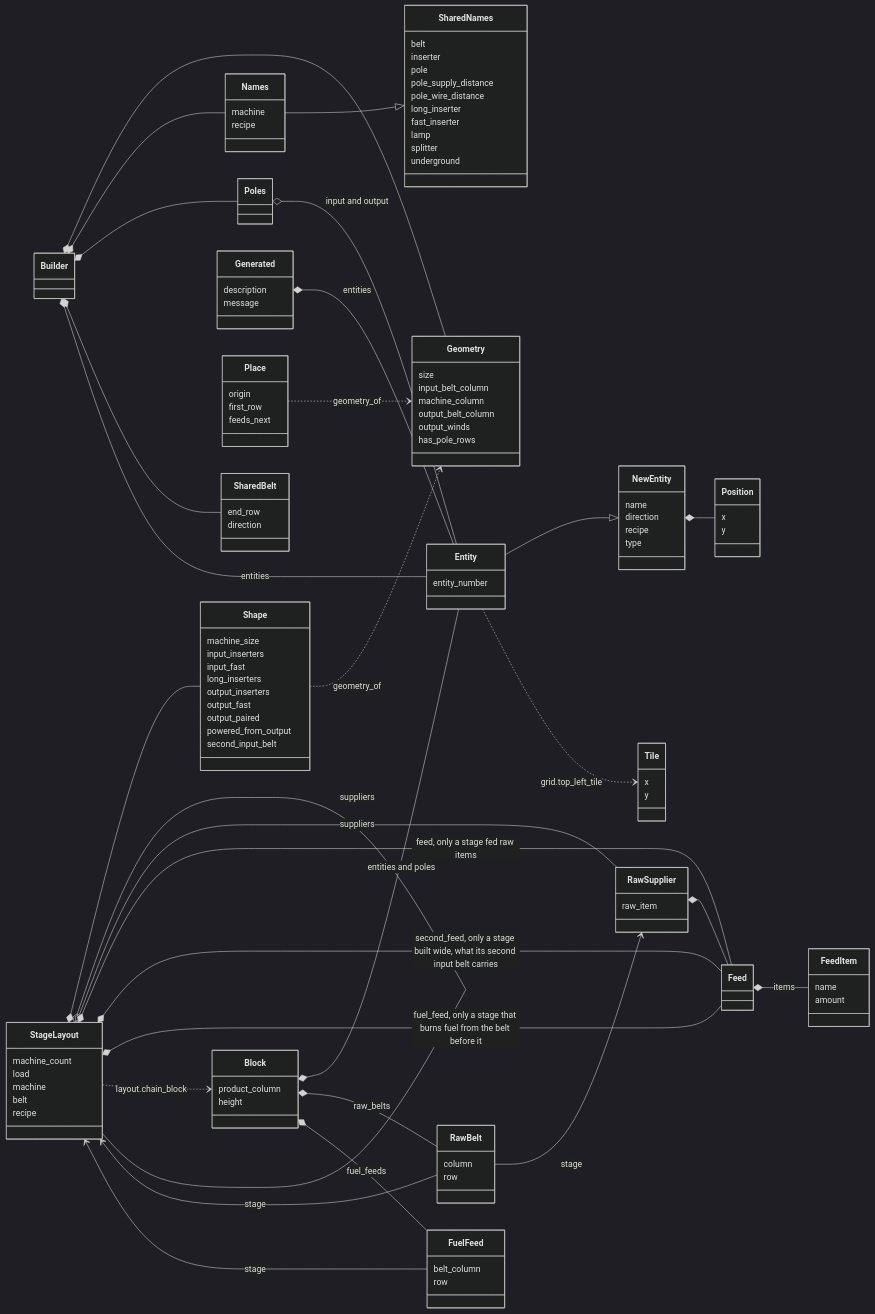
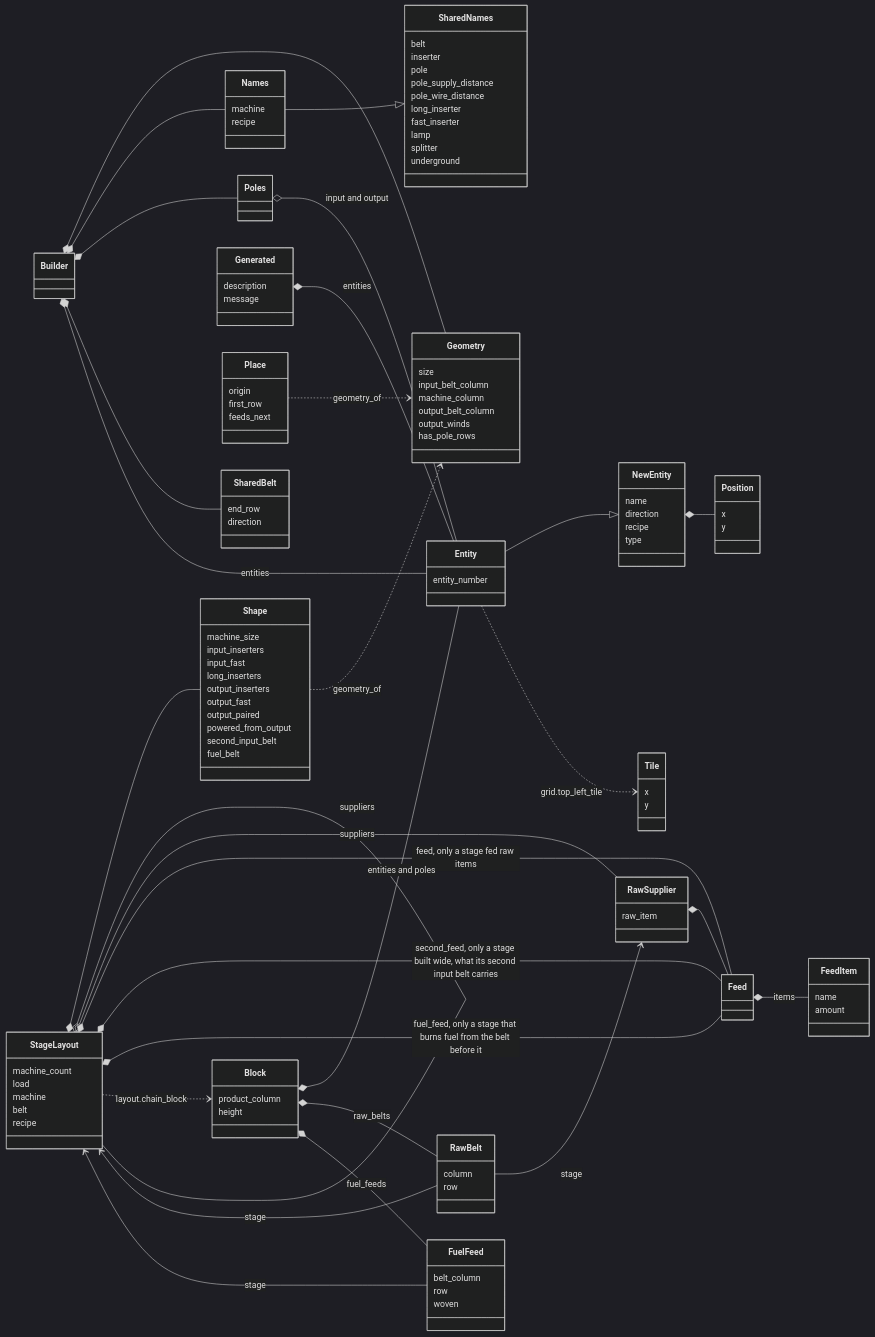
The fourth of 5 diagrams in TYPES.md (RibbonedAce/factorio-blueprint-generation), drawn with Mermaid (dark theme) before and after one commit. The commit also changed 14 other files, not shown here.

```diff
--- a/TYPES.md
+++ b/TYPES.md
@@ -226,6 +226,7 @@
     output_paired
     powered_from_output
     second_input_belt
+    fuel_belt
   }
   class RawSupplier {
     raw_item
@@ -270,6 +271,7 @@
   class FuelFeed {
     belt_column
     row
+    woven
   }
   class RawBelt {
     column
```
